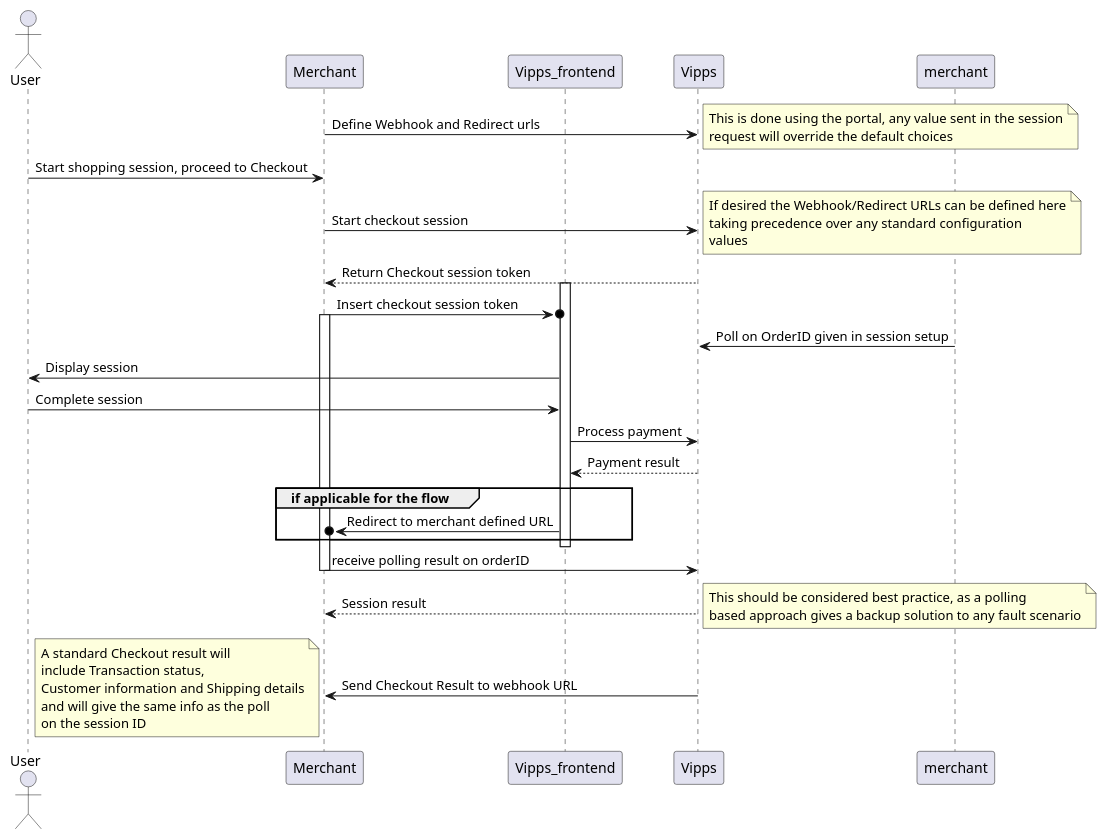
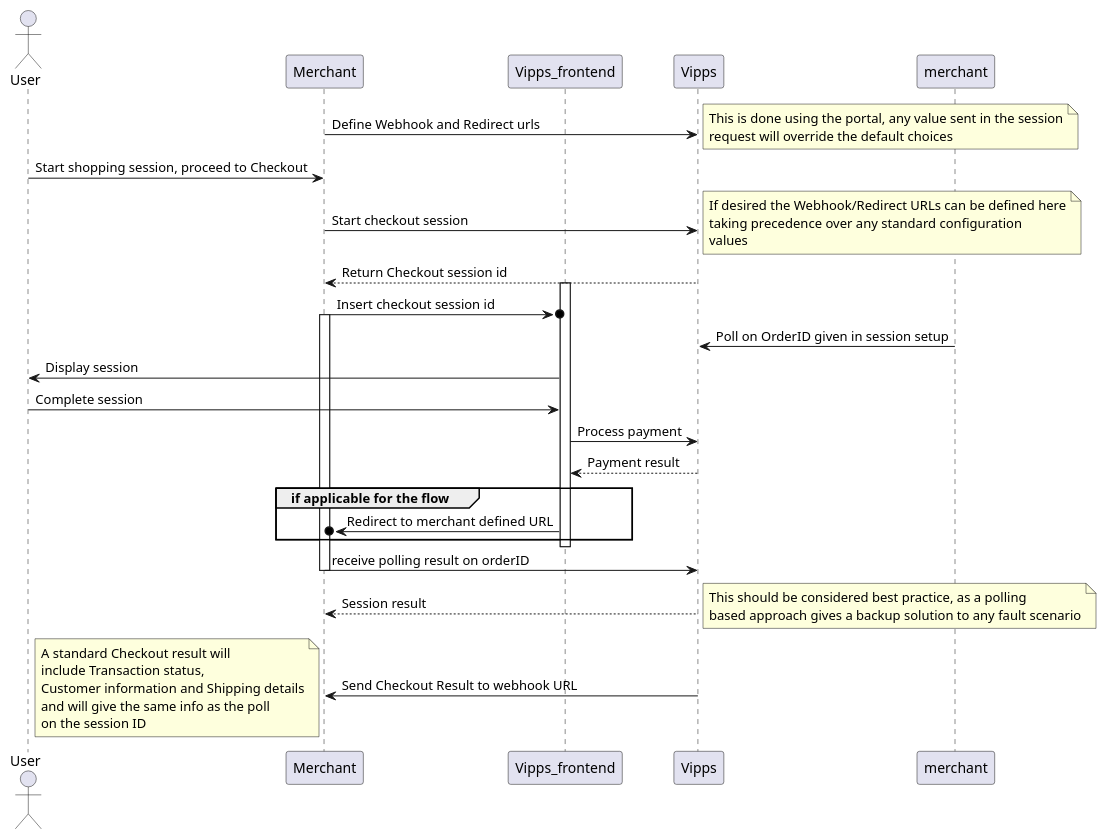
Before and after one commit to vippsas/vipps-checkout: the diagram in resources/standard_flow.puml, drawn with PlantUML. The commit also changed 3 other files, not shown here.

```diff
--- a/resources/standard_flow.puml
+++ b/resources/standard_flow.puml
@@ -1,63 +1,63 @@
 @startuml
 
 Actor User
 participant Merchant
 participant Vipps_frontend
 participant Vipps
 
 Merchant -> Vipps : Define Webhook and Redirect urls
 
 note right
 This is done using the portal, any value sent in the session
 request will override the default choices
 end note
 
 User -> Merchant : Start shopping session, proceed to Checkout
 Merchant -> Vipps : Start checkout session
 
 note right 
 If desired the Webhook/Redirect URLs can be defined here
 taking precedence over any standard configuration
 values  
 end note
 
-Vipps --> Merchant : Return Checkout session token
+Vipps --> Merchant : Return Checkout session id
 activate Vipps_frontend
-Merchant ->o Vipps_frontend: Insert checkout session token
+Merchant ->o Vipps_frontend: Insert checkout session id
 
 activate Merchant
 merchant -> Vipps : Poll on OrderID given in session setup
 Vipps_frontend -> User : Display session
 User -> Vipps_frontend : Complete session
 Vipps_frontend -> Vipps : Process payment
 Vipps --> Vipps_frontend : Payment result
 
 group if applicable for the flow
 Vipps_frontend ->o Merchant : Redirect to merchant defined URL
 end
 deactivate Vipps_frontend
 
 Merchant -> Vipps: receive polling result on orderID
 deactivate Merchant
 
 Vipps --> Merchant : Session result
 
 note right
 This should be considered best practice, as a polling
 based approach gives a backup solution to any fault scenario
 end note
 
 Vipps -> Merchant : Send Checkout Result to webhook URL
 
 note left
 A standard Checkout result will 
 include Transaction status,
 Customer information and Shipping details
 and will give the same info as the poll
 on the session ID
 end note
 
 deactivate Vipps_frontend
 
 
 @enduml
```
